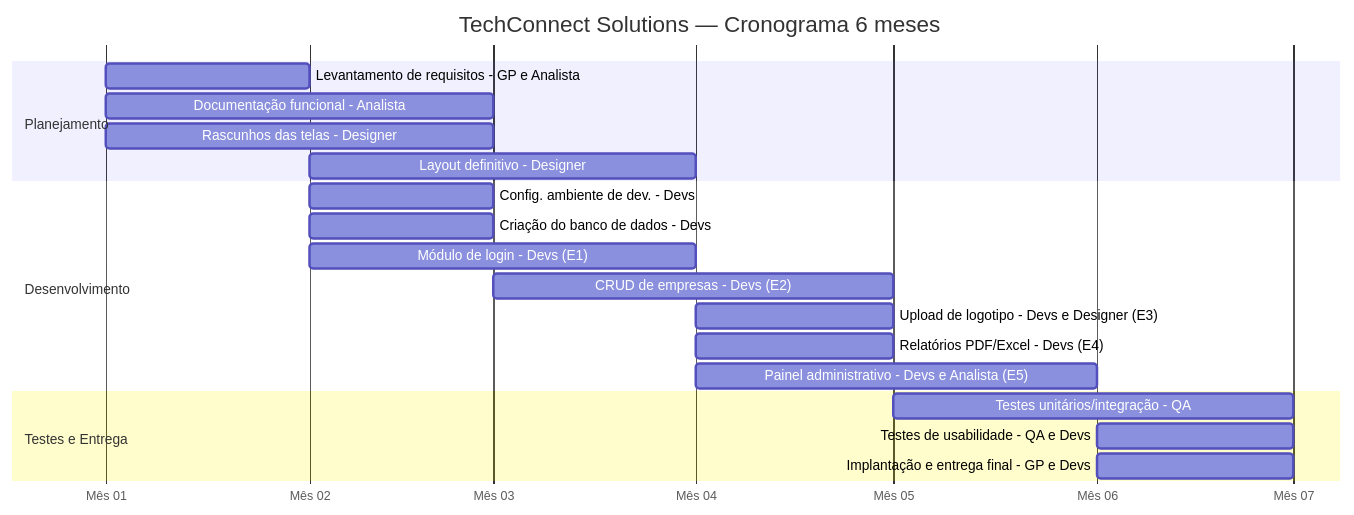
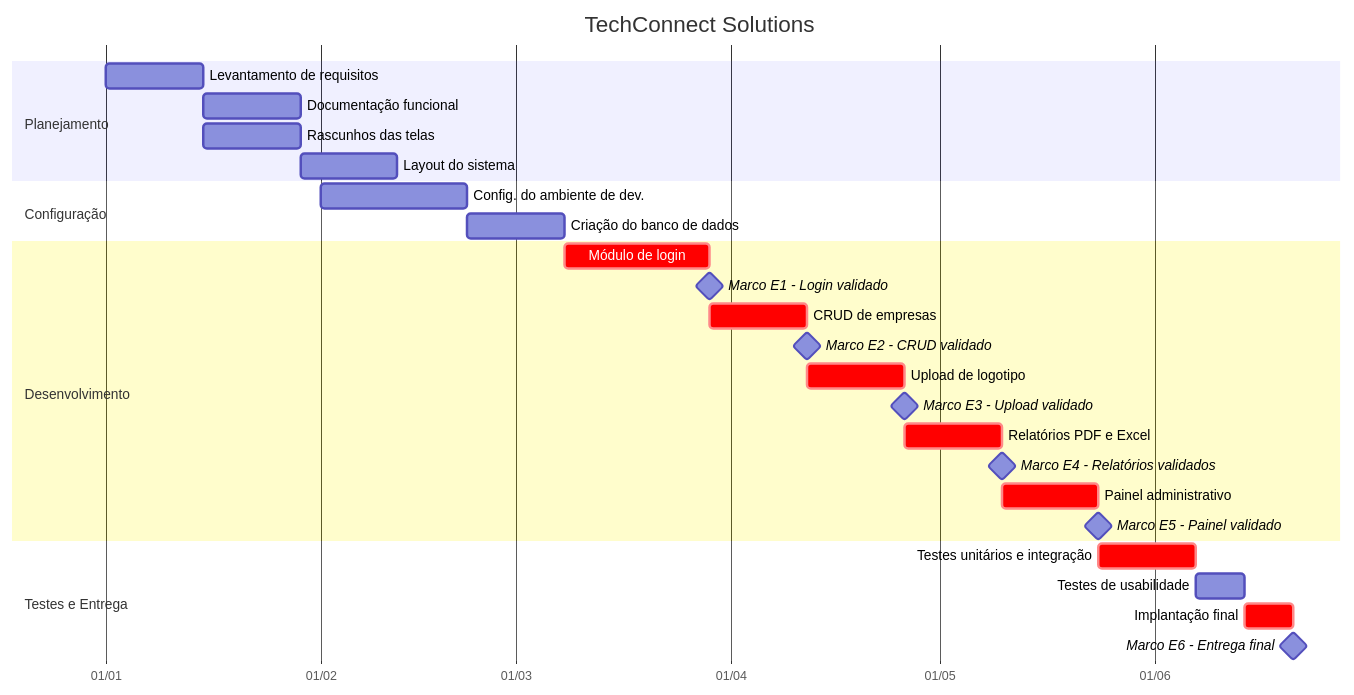
The first of 2 diagrams in README.md (gabrieelapl/TechConnect_Solutions), drawn with Mermaid before and after one commit. The commit also changed other lines of this file, not shown here.

````diff
--- a/README.md
+++ b/README.md
@@ -2,26 +2,34 @@
 ```mermaid
 gantt
-    title TechConnect Solutions — Cronograma 6 meses
-    dateFormat  MM
-    axisFormat  Mês %m
+    title TechConnect Solutions
+    dateFormat  YYYY-MM-DD
+    axisFormat  %d/%m
 
     section Planejamento
-    Levantamento de requisitos - GP e Analista     :a1, 01, 1M
-    Documentação funcional - Analista              :a2, 01, 2M
-    Rascunhos das telas - Designer                 :a3, 01, 2M
-    Layout definitivo - Designer                   :a4, 02, 2M
+    Levantamento de requisitos        :a1, 2025-01-01, 14d
+    Documentação funcional            :a2, after a1, 14d
+    Rascunhos das telas               :b1, after a1, 14d
+    Layout do sistema                 :b2, after b1, 14d
+
+    section Configuração
+    Config. do ambiente de dev.       :c1, 2025-02-01, 21d
+    Criação do banco de dados         :c2, after c1, 14d
 
     section Desenvolvimento
-    Config. ambiente de dev. - Devs                :b1, 02, 1M
-    Criação do banco de dados - Devs               :b2, 02, 1M
-    Módulo de login - Devs (E1)                    :b3, 02, 2M
-    CRUD de empresas - Devs (E2)                   :b4, 03, 2M
-    Upload de logotipo - Devs e Designer (E3)      :b5, 04, 1M
-    Relatórios PDF/Excel - Devs (E4)               :b6, 04, 1M
-    Painel administrativo - Devs e Analista (E5)   :b7, 04, 2M
+    Módulo de login                   :crit, d1, after c2, 21d
+    Marco E1 - Login validado         :milestone, after d1, 0d
+    CRUD de empresas                  :crit, e1, after d1, 14d
+    Marco E2 - CRUD validado          :milestone, after e1, 0d
+    Upload de logotipo                :crit, f1, after e1, 14d
+    Marco E3 - Upload validado        :milestone, after f1, 0d
+    Relatórios PDF e Excel            :crit, g1, after f1, 14d
+    Marco E4 - Relatórios validados   :milestone, after g1, 0d
+    Painel administrativo             :crit, h1, after g1, 14d
+    Marco E5 - Painel validado        :milestone, after h1, 0d
 
     section Testes e Entrega
-    Testes unitários/integração - QA               :c1, 05, 2M
-    Testes de usabilidade - QA e Devs              :c2, 06, 1M
-    Implantação e entrega final - GP e Devs        :c3, 06, 1M
+    Testes unitários e integração     :crit, i1, after h1, 14d
+    Testes de usabilidade             :i2, after i1, 7d
+    Implantação final                 :crit, j1, after i2, 7d
+    Marco E6 - Entrega final          :milestone, after j1, 0d
 ```
````
